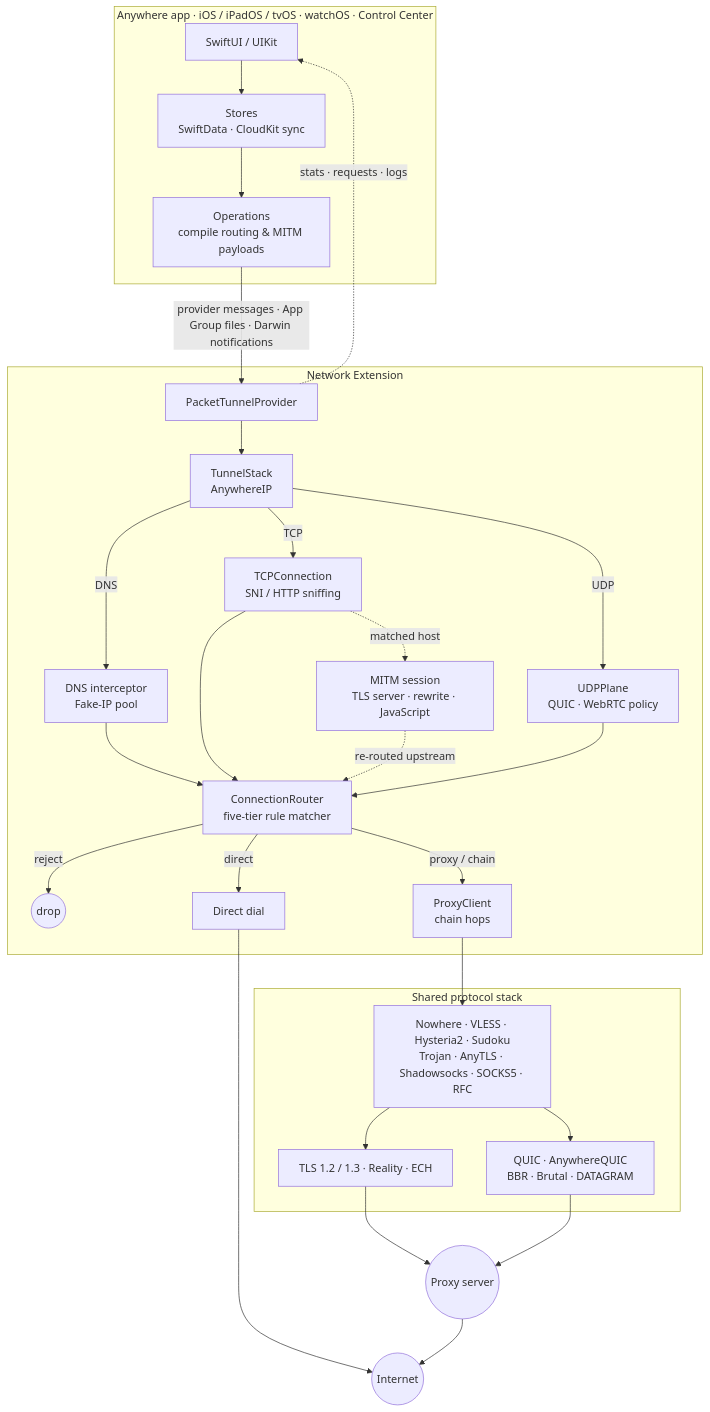
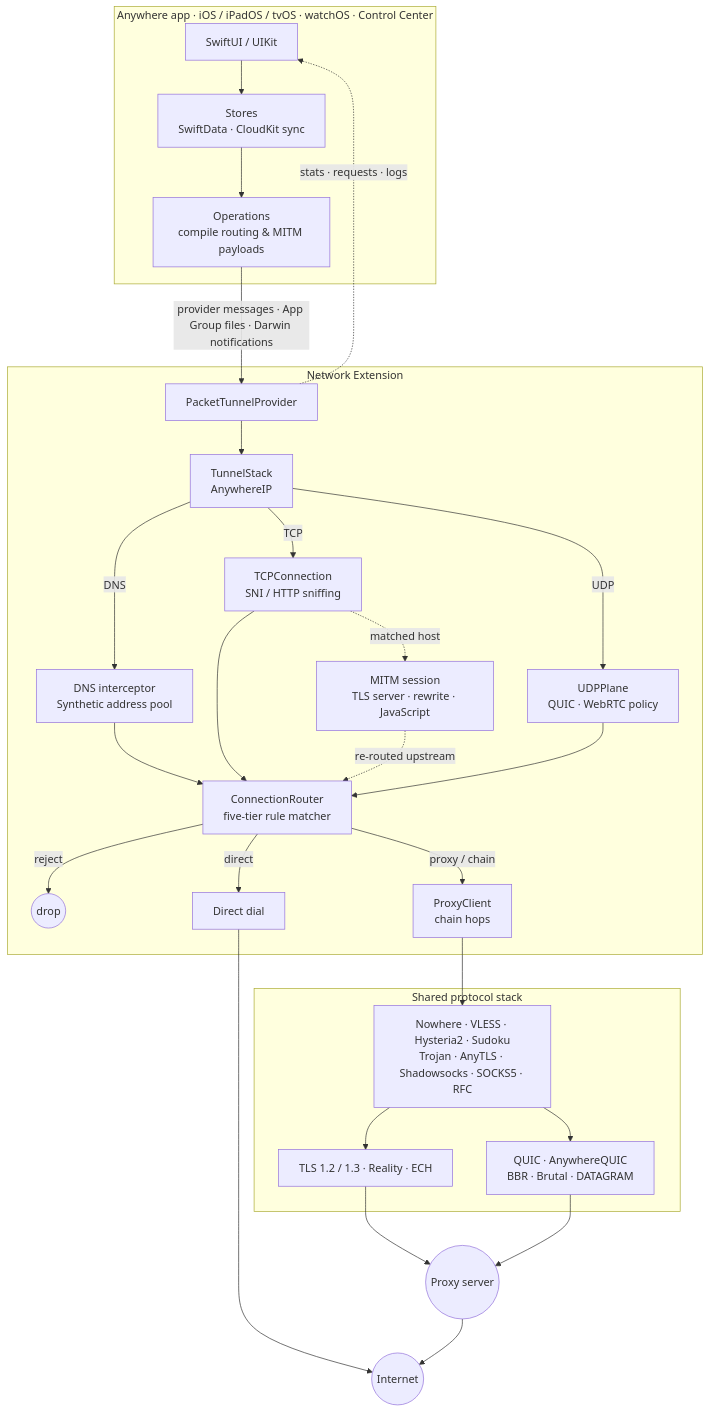
The diagram in README.md (NodePassProject/Anywhere), drawn with Mermaid before and after one commit. The commit also changed other lines of this file and 21 other files, not shown here.

````diff
--- a/README.md
+++ b/README.md
@@ -60,33 +60,33 @@
 ```mermaid
 flowchart TB
     subgraph APP["Anywhere app · iOS / iPadOS / tvOS · watchOS · Control Center"]
         UI["SwiftUI / UIKit"] --> STORES["Stores<br/>SwiftData · CloudKit sync"]
         STORES --> OPS["Operations<br/>compile routing & MITM payloads"]
     end
 
     OPS -- "provider messages · App Group files · Darwin notifications" --> PTP
     PTP -. "stats · requests · logs" .-> UI
 
     subgraph NE["Network Extension"]
         PTP["PacketTunnelProvider"] --> STACK["TunnelStack<br/>AnywhereIP"]
-        STACK -- "DNS" --> DNS["DNS interceptor<br/>Fake-IP pool"]
+        STACK -- "DNS" --> DNS["DNS interceptor<br/>Synthetic address pool"]
         STACK -- "TCP" --> TCP["TCPConnection<br/>SNI / HTTP sniffing"]
         STACK -- "UDP" --> UDP["UDPPlane<br/>QUIC · WebRTC policy"]
         DNS & TCP & UDP --> ROUTER["ConnectionRouter<br/>five-tier rule matcher"]
         ROUTER -- "reject" --> DROP(("drop"))
         ROUTER -- "direct" --> DIRECT["Direct dial"]
         ROUTER -- "proxy / chain" --> CLIENT["ProxyClient<br/>chain hops"]
         TCP -. "matched host" .-> MITM["MITM session<br/>TLS server · rewrite · JavaScript"]
         MITM -. "re-routed upstream" .-> ROUTER
     end
 
     subgraph PROTO["Shared protocol stack"]
         CLIENT --> OUT["Nowhere · VLESS · Hysteria2 · Sudoku<br/>Trojan · AnyTLS · Shadowsocks · SOCKS5 · RFC"]
         OUT --> TLS["TLS 1.2 / 1.3 · Reality · ECH"]
         OUT --> QUIC["QUIC · AnywhereQUIC<br/>BBR · Brutal · DATAGRAM"]
     end
 
     TLS & QUIC --> SERVER(("Proxy server"))
     DIRECT --> INTERNET(("Internet"))
     SERVER --> INTERNET
 ```
````
